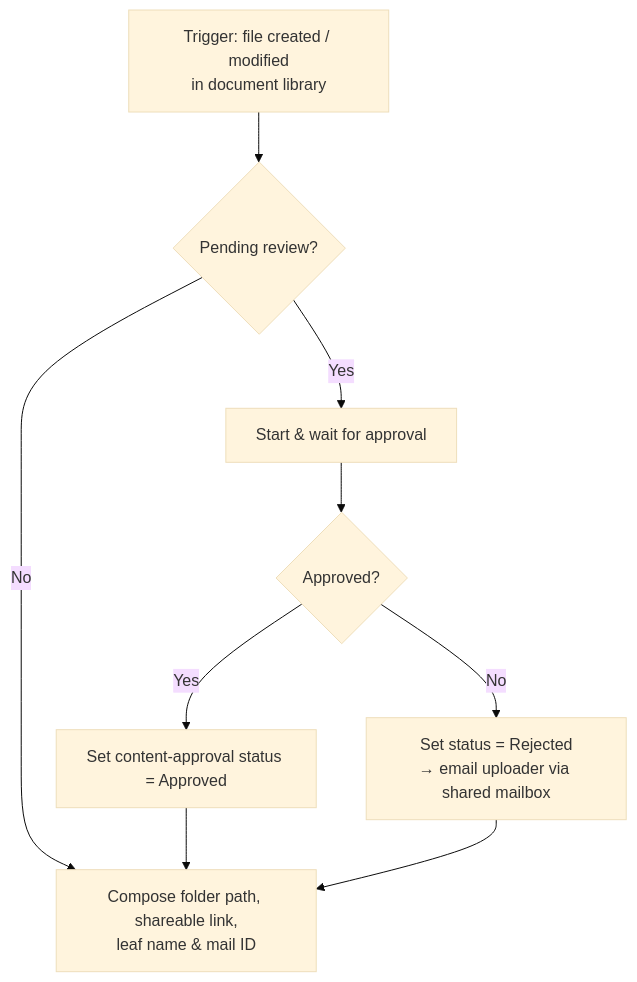
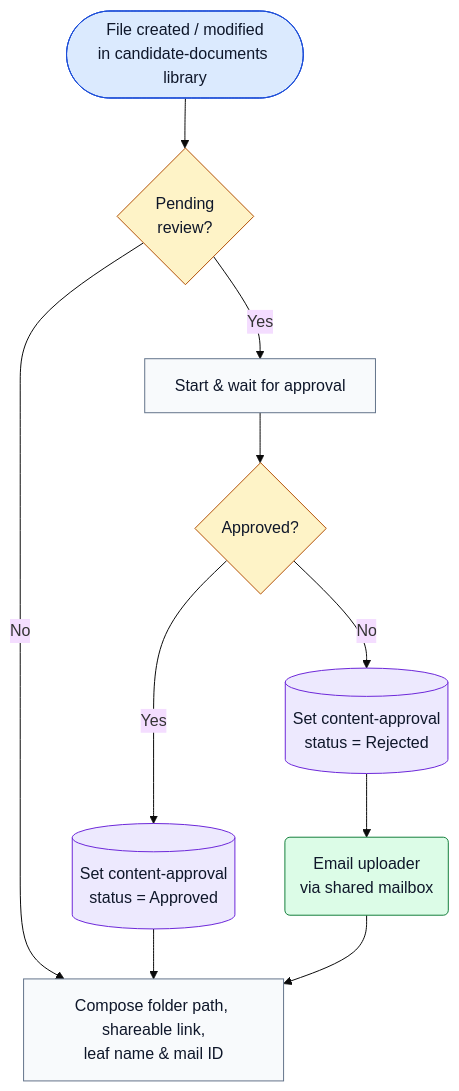
One commit to siddhantsingh2861/enterprise-HRMS-power-platform changed the diagram in docs/diagrams/candidate-document-approval.mmd. Above: the diagram before and after it, drawn with Mermaid (base theme).

```diff
--- a/docs/diagrams/candidate-document-approval.mmd
+++ b/docs/diagrams/candidate-document-approval.mmd
@@ -1,9 +1,17 @@
 flowchart TD
-    T["Trigger: file created / modified<br/>in document library"] --> C{Pending review?}
-    C -->|Yes| A["Start &amp; wait for approval"]
-    A --> D{Approved?}
-    D -->|Yes| Y["Set content-approval status = Approved"]
-    D -->|No| N["Set status = Rejected<br/>&rarr; email uploader via shared mailbox"]
-    C -->|No| Z["Compose folder path, shareable link,<br/>leaf name &amp; mail ID"]
+    T(["File created / modified<br/>in candidate-documents library"]):::trigger --> C{"Pending<br/>review?"}:::decision
+    C -->|Yes| A["Start &amp; wait for approval"]:::action
+    A --> D{"Approved?"}:::decision
+    D -->|Yes| Y[("Set content-approval<br/>status = Approved")]:::data
+    D -->|No| N[("Set content-approval<br/>status = Rejected")]:::data
+    N --> NM("Email uploader<br/>via shared mailbox"):::notify
+    C -->|No| Z["Compose folder path, shareable link,<br/>leaf name &amp; mail ID"]:::action
     Y --> Z
-    N --> Z
+    NM --> Z
+
+    classDef trigger fill:#dbeafe,stroke:#1d4ed8,color:#0f172a
+    classDef decision fill:#fef3c7,stroke:#b45309,color:#0f172a
+    classDef action fill:#f8fafc,stroke:#64748b,color:#0f172a
+    classDef data fill:#ede9fe,stroke:#6d28d9,color:#0f172a
+    classDef notify fill:#dcfce7,stroke:#15803d,color:#0f172a
+    classDef noop fill:#ffffff,stroke:#94a3b8,stroke-dasharray:4 3,color:#64748b
```
